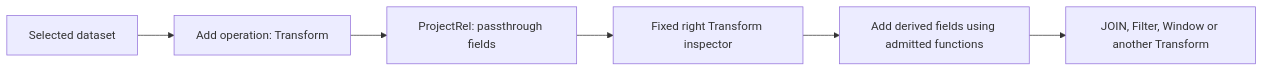
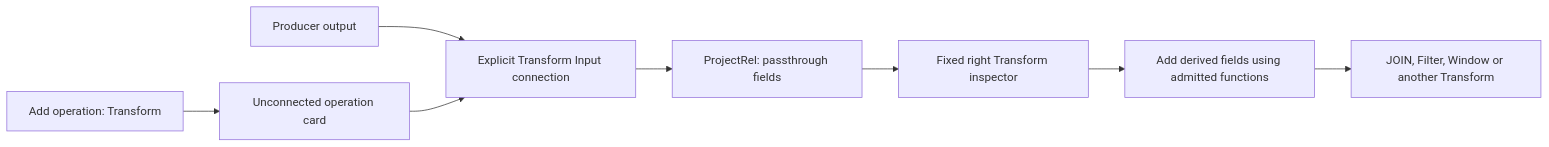
Before and after one commit to dunay2/dvt: the third of 6 diagrams in docs/planning/proposals/mandatory/frontend-and-ux/semantic-derived-output-authoring-plan-20260925.md, drawn with Mermaid. The commit also changed other lines of this file and 594 other files, not shown here.

````diff
--- a/docs/planning/proposals/mandatory/frontend-and-ux/semantic-derived-output-authoring-plan-20260925.md
+++ b/docs/planning/proposals/mandatory/frontend-and-ux/semantic-derived-output-authoring-plan-20260925.md
@@ -74,8 +77,10 @@
 ```mermaid
 flowchart LR
-  Dataset[Selected dataset] --> Add[Add operation: Transform]
-  Add --> Project[ProjectRel: passthrough fields]
+  Add[Add operation: Transform] --> Card[Unconnected operation card]
+  Dataset[Producer output] --> Input[Explicit Transform Input connection]
+  Card --> Input
+  Input --> Project[ProjectRel: passthrough fields]
   Project --> Inspector[Fixed right Transform inspector]
   Inspector --> Fields[Add derived fields using admitted functions]
   Fields --> Consumer[JOIN, Filter, Window or another Transform]
 ```
````
